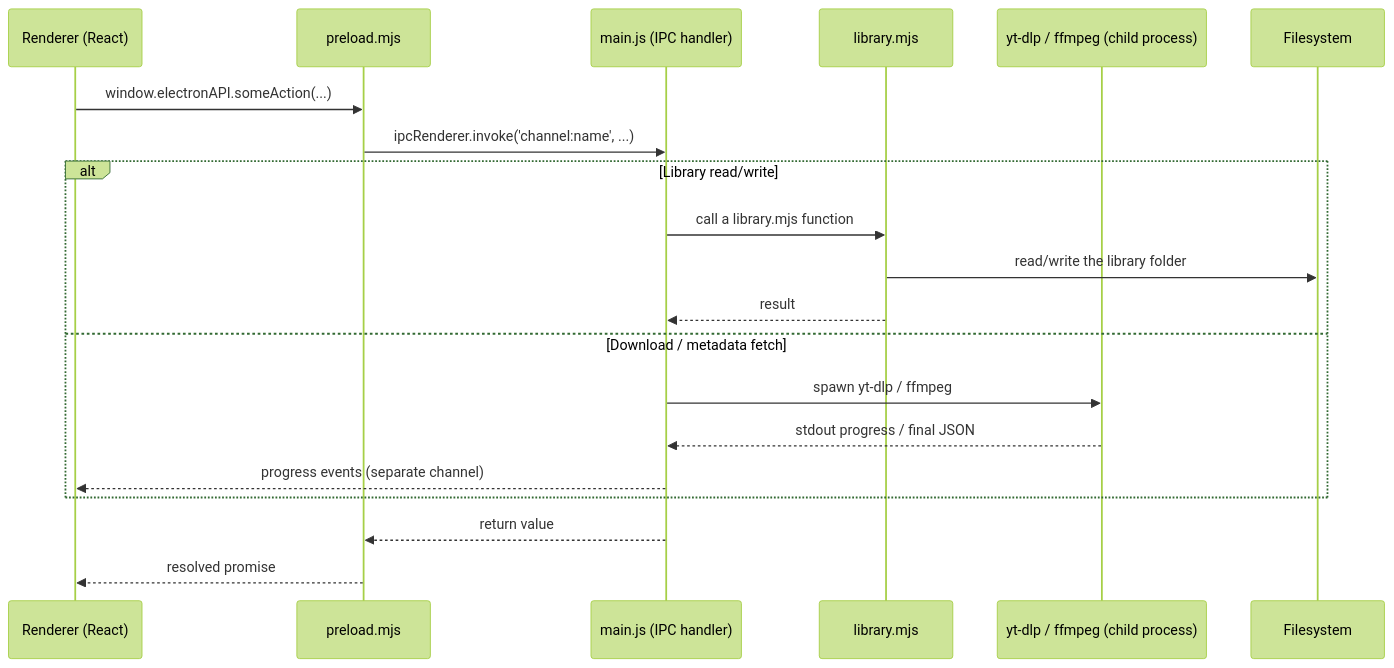
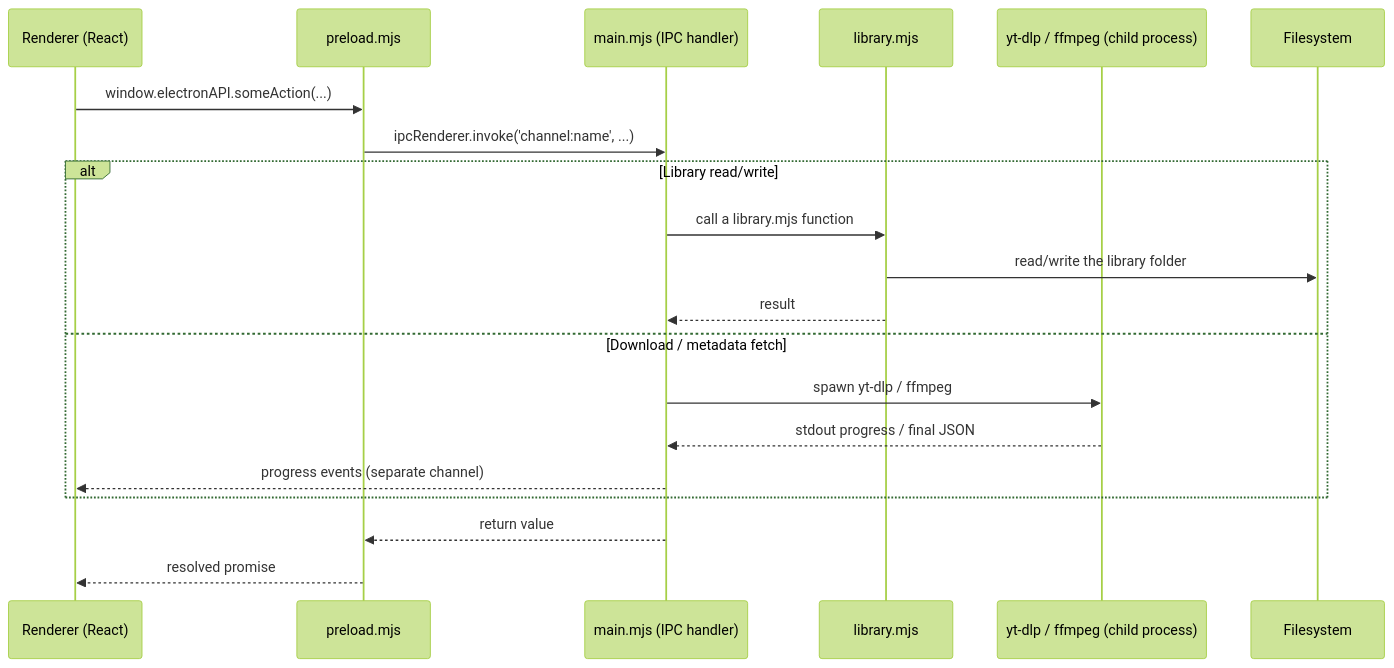
The diagram in docs/PROJECT_STRUCTURE.md (SlothSoftworks/Sloth-Archiver), drawn with Mermaid (forest theme) before and after one commit. The commit also changed other lines of this file and 22 other files, not shown here.

First line of the commit message:
refactor: CC-015 -- rename main.js/main.test.js to .mjs for consistency

````diff
--- a/docs/PROJECT_STRUCTURE.md
+++ b/docs/PROJECT_STRUCTURE.md
@@ -140,23 +140,23 @@
 ```mermaid
 sequenceDiagram
     participant UI as Renderer (React)
     participant Bridge as preload.mjs
-    participant Main as main.js (IPC handler)
+    participant Main as main.mjs (IPC handler)
     participant Lib as library.mjs
     participant Tool as yt-dlp / ffmpeg (child process)
     participant FS as Filesystem
 
     UI->>Bridge: window.electronAPI.someAction(...)
     Bridge->>Main: ipcRenderer.invoke('channel:name', ...)
     alt Library read/write
         Main->>Lib: call a library.mjs function
         Lib->>FS: read/write the library folder
         Lib-->>Main: result
     else Download / metadata fetch
         Main->>Tool: spawn yt-dlp / ffmpeg
         Tool-->>Main: stdout progress / final JSON
         Main-->>UI: progress events (separate channel)
     end
     Main-->>Bridge: return value
     Bridge-->>UI: resolved promise
 ```
````
